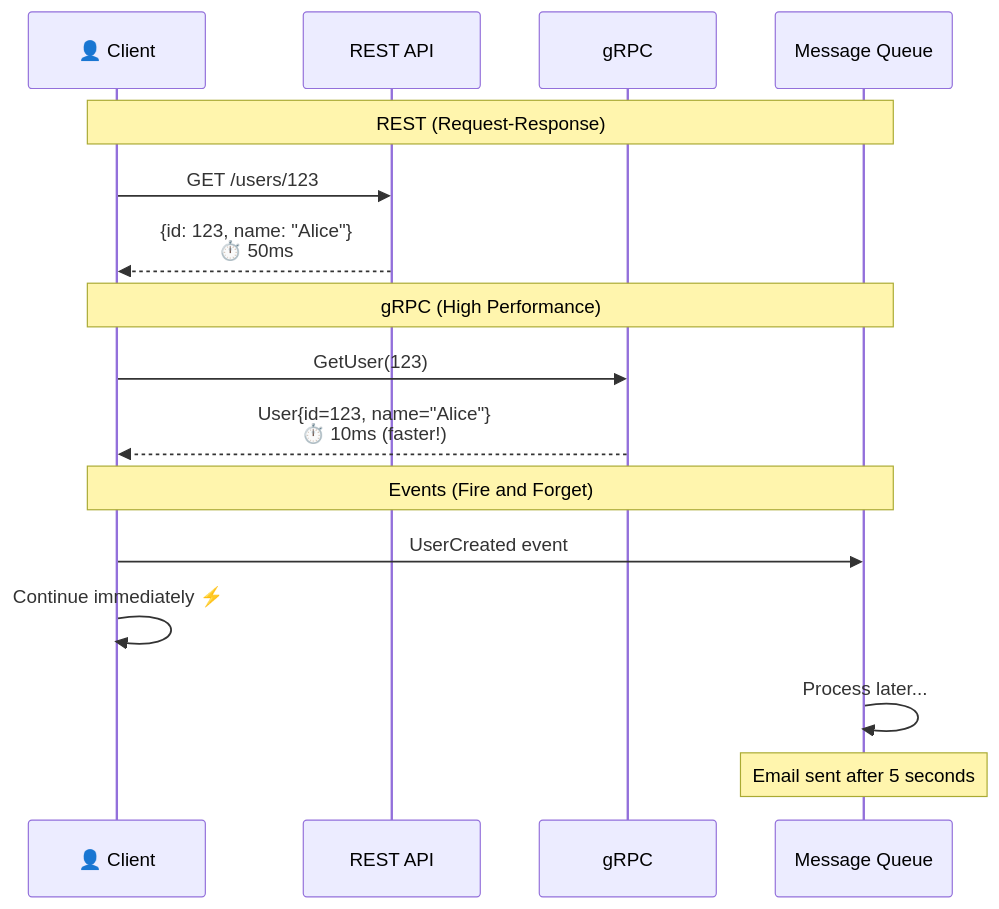
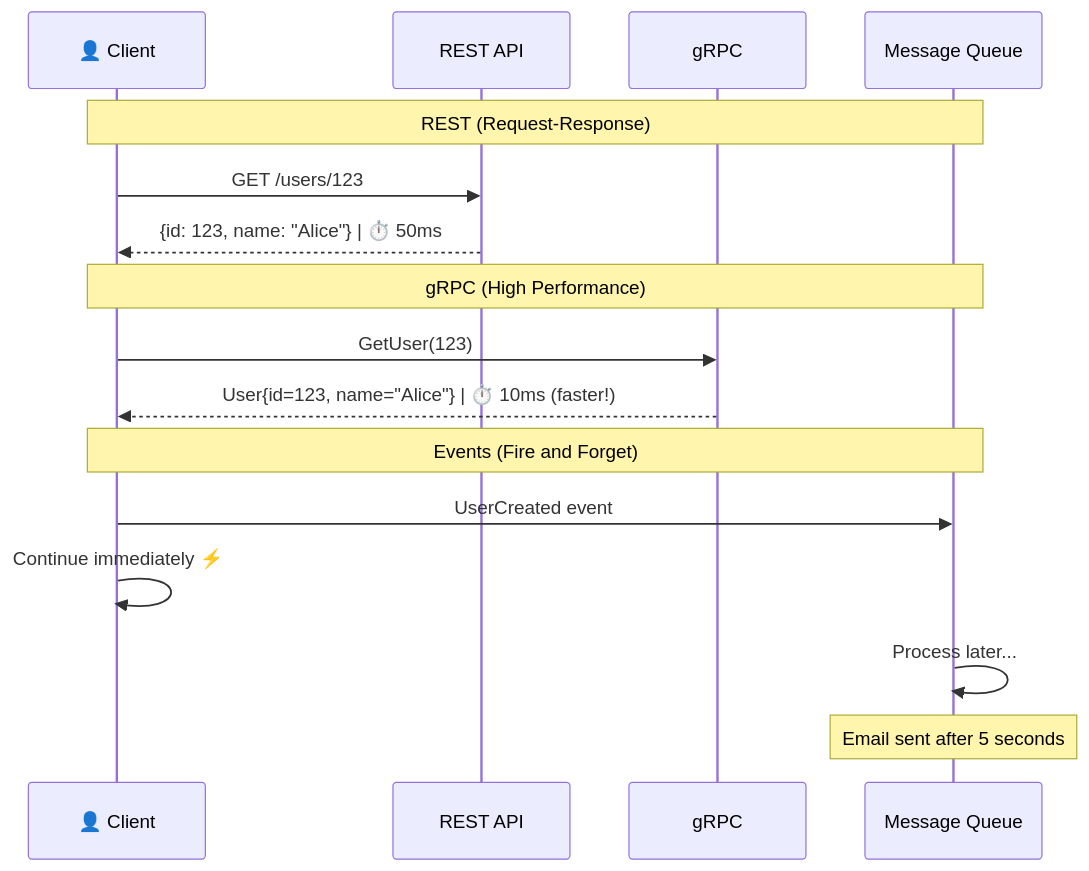
One commit to p1kmr/for-reading changed the ninth of 18 diagrams in HLD/foundation/09_microservices.md. Above: the diagram before and after it, drawn with Mermaid. The commit also changed other lines of this file and 14 other files, not shown here.

Commit message:
Fix Mermaid diagram syntax: Replace <br/> with <br> for GitHub compatibility

````diff
--- a/HLD/foundation/09_microservices.md
+++ b/HLD/foundation/09_microservices.md
@@ -565,24 +565,24 @@
 ```mermaid
 sequenceDiagram
     participant Client as 👤 Client
     participant REST as REST API
     participant gRPC as gRPC
     participant Queue as Message Queue
 
     Note over Client,Queue: REST (Request-Response)
 
     Client->>REST: GET /users/123
-    REST-->>Client: {id: 123, name: "Alice"}<br/>⏱️ 50ms
+    REST-->>Client: {id: 123, name: "Alice"} | ⏱️ 50ms
 
     Note over Client,Queue: gRPC (High Performance)
 
     Client->>gRPC: GetUser(123)
-    gRPC-->>Client: User{id=123, name="Alice"}<br/>⏱️ 10ms (faster!)
+    gRPC-->>Client: User{id=123, name="Alice"} | ⏱️ 10ms (faster!)
 
     Note over Client,Queue: Events (Fire and Forget)
 
     Client->>Queue: UserCreated event
     Client->>Client: Continue immediately ⚡
     Queue->>Queue: Process later...
     Note over Queue: Email sent after 5 seconds
 ```
````
